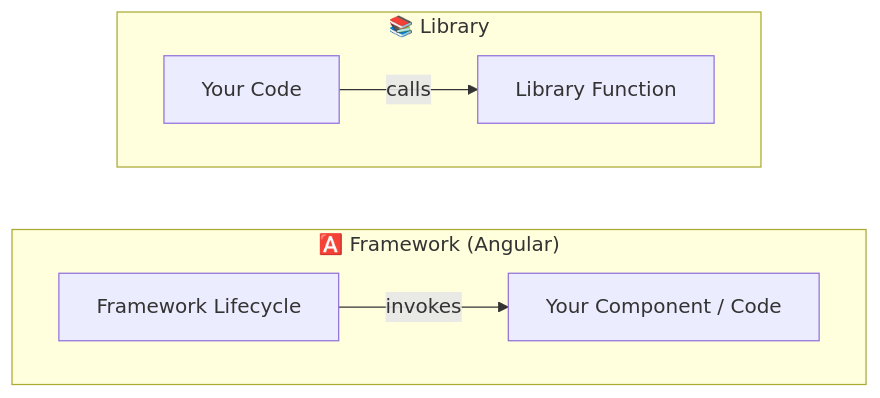
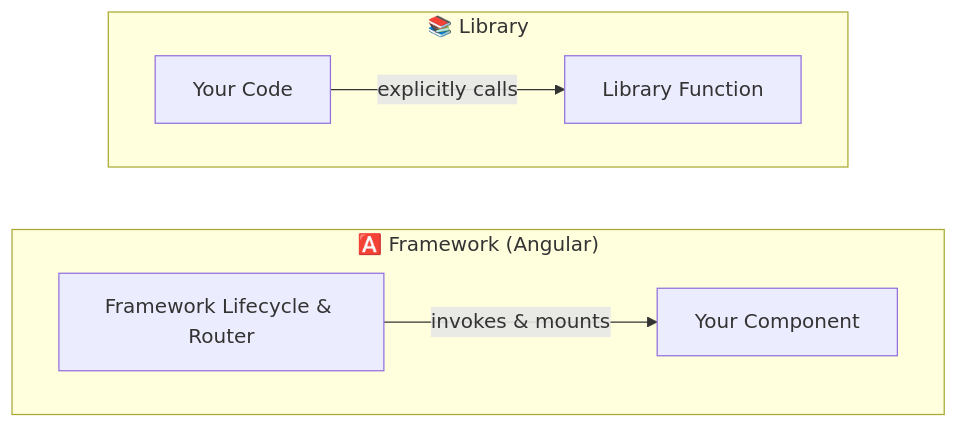
Before and after one commit to AbanoubPhelopos/Angular_Tutorials: the first of 4 diagrams in 01_introduction_and_boot_flow.md, drawn with Mermaid. The commit also changed other lines of this file and 2 other files, not shown here.

Commit message:
feat: update Angular decorators and data binding documentation with modern signals and code examples

````diff
--- a/01_introduction_and_boot_flow.md
+++ b/01_introduction_and_boot_flow.md
@@ -30,12 +31,12 @@
 ```mermaid
 flowchart LR
     subgraph FW["🅰️ Framework (Angular)"]
         direction LR
-        F["Framework Lifecycle"] -->|"invokes"| YC1["Your Component / Code"]
+        F["Framework Lifecycle & Router"] -->|"invokes & mounts"| YC1["Your Component"]
     end
 
     subgraph LIB["📚 Library"]
         direction LR
-        YC2["Your Code"] -->|"calls"| L["Library Function"]
+        YC2["Your Code"] -->|"explicitly calls"| L["Library Function"]
     end
 ```
````
